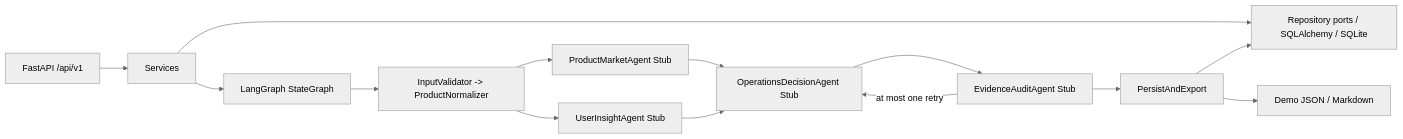
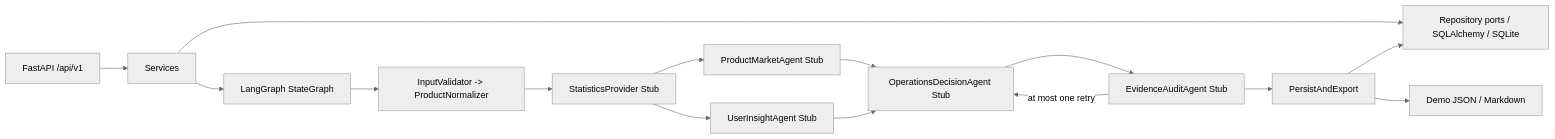
The diagram in docs/architecture.md (Skylar-Jiang/TradePilot-Multi-Agent-Commerce-Assistant), drawn with Mermaid (neutral theme) before and after one commit. The commit also changed other lines of this file and 57 other files, not shown here.

````diff
--- a/docs/architecture.md
+++ b/docs/architecture.md
@@ -7,16 +7,17 @@
 ```mermaid
 flowchart LR
     API["FastAPI /api/v1"] --> S["Services"]
     S --> DB["Repository ports / SQLAlchemy / SQLite"]
     S --> G["LangGraph StateGraph"]
     G --> N["InputValidator -> ProductNormalizer"]
-    N --> PM["ProductMarketAgent Stub"]
-    N --> UI["UserInsightAgent Stub"]
+    N --> ST["StatisticsProvider Stub"]
+    ST --> PM["ProductMarketAgent Stub"]
+    ST --> UI["UserInsightAgent Stub"]
     PM --> OD["OperationsDecisionAgent Stub"]
     UI --> OD
     OD --> EA["EvidenceAuditAgent Stub"]
     EA -->|"at most one retry"| OD
     EA --> PE["PersistAndExport"]
     PE --> DB
     PE --> R["Demo JSON / Markdown"]
 ```
````
